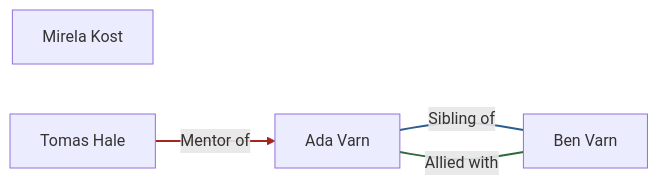
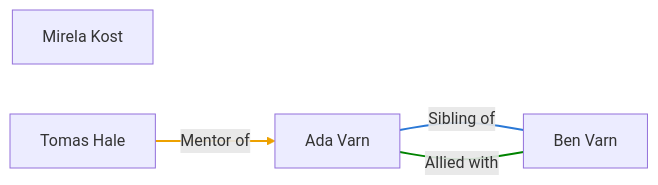
The second of 3 diagrams in examples/sample-novel/diagrams/README.md (heffrey78/gh-writer), drawn with Mermaid before and after one commit. The commit also changed other lines of this file and 20 other files, not shown here.

First line of the commit message:
Relationship colours from the chart palette

````diff
--- a/examples/sample-novel/diagrams/README.md
+++ b/examples/sample-novel/diagrams/README.md
@@ -27,13 +27,13 @@
 ```mermaid
 flowchart LR
   char_7f3k2q["Ada Varn"]
   char_b3n0vs["Ben Varn"]
   char_m1re1a["Mirela Kost"]
   char_t0ma5h["Tomas Hale"]
   char_7f3k2q ---|"Sibling of"| char_b3n0vs
   char_7f3k2q ---|"Allied with"| char_b3n0vs
   char_t0ma5h -->|"Mentor of"| char_7f3k2q
-  linkStyle 0 stroke:#2c5d8f,stroke-width:2px
-  linkStyle 1 stroke:#2f6b3a,stroke-width:2px
-  linkStyle 2 stroke:#a3271d,stroke-width:2px
+  linkStyle 0 stroke:#2a78d6,stroke-width:2px
+  linkStyle 1 stroke:#008300,stroke-width:2px
+  linkStyle 2 stroke:#eda100,stroke-width:2px
 ```
````
